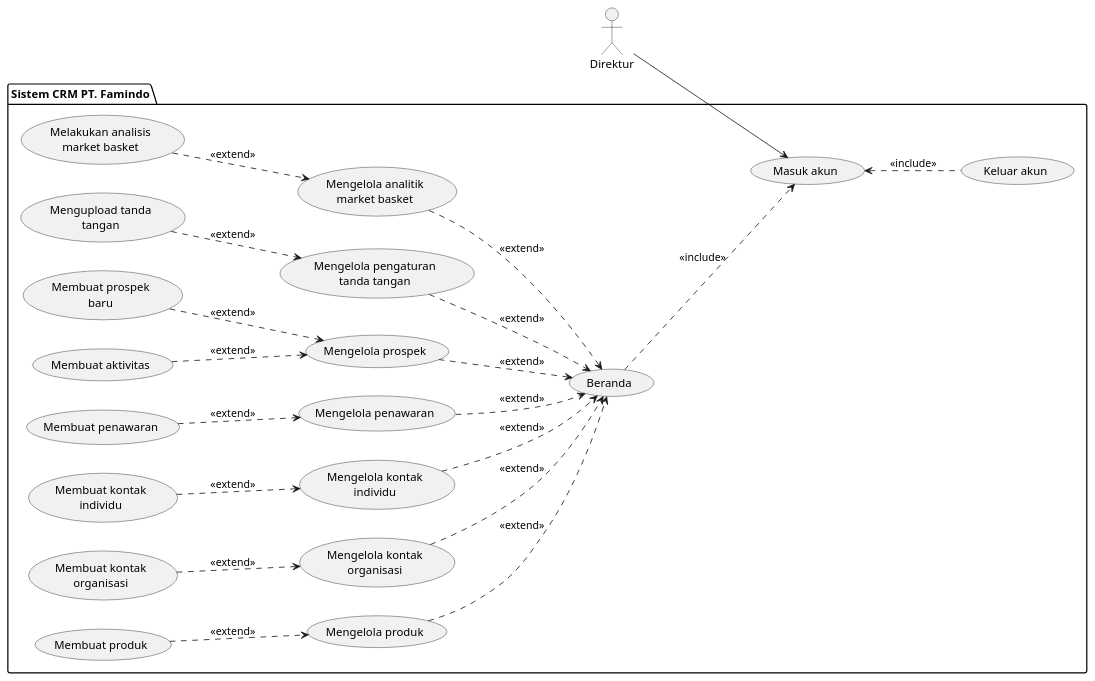
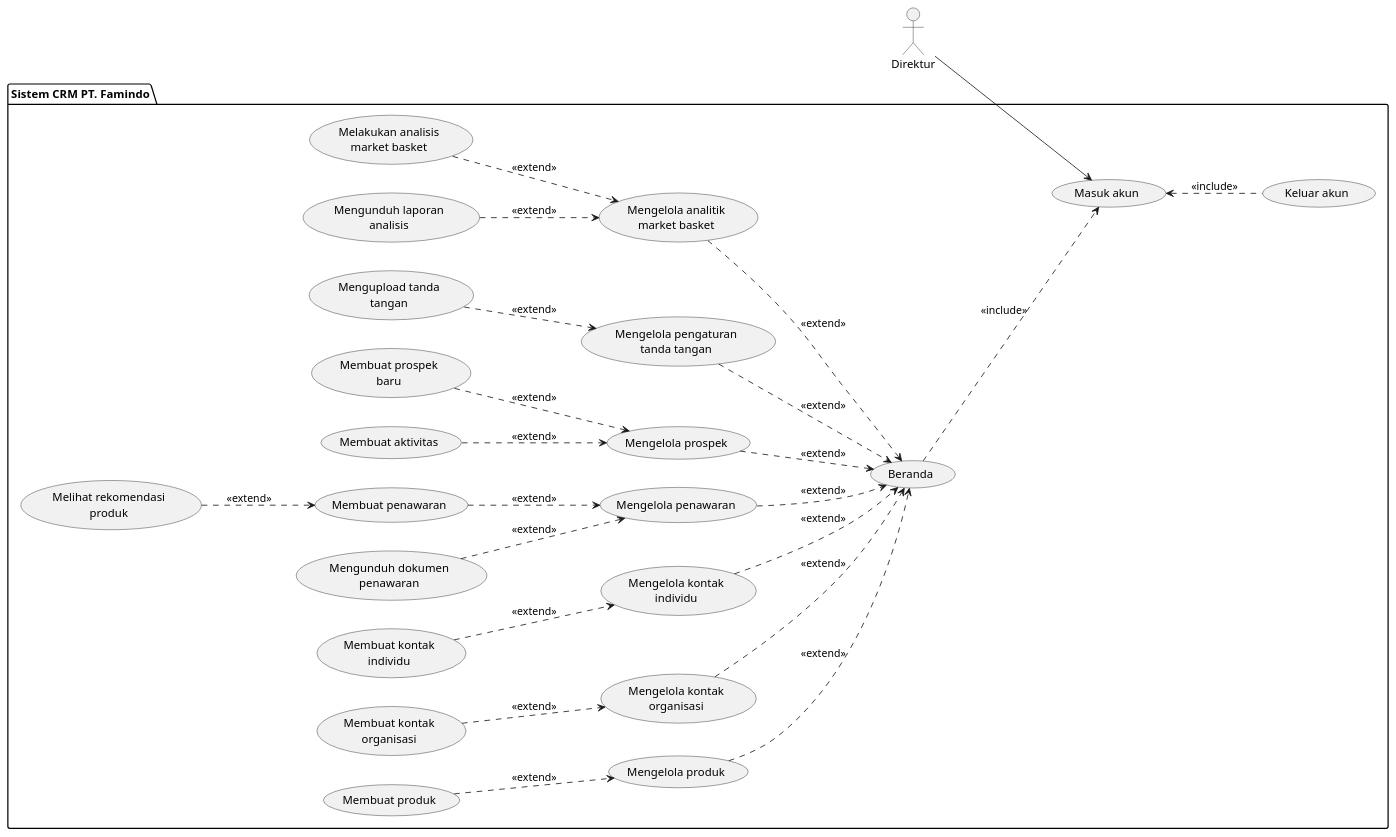
Before and after one commit to quenzvezda/laravel-crm: the diagram in docs/BAB-4/4.3/4.3.1/use-case-direktur.puml, drawn with PlantUML. The commit also changed 14 other files, not shown here.

```diff
--- a/docs/BAB-4/4.3/4.3.1/use-case-direktur.puml
+++ b/docs/BAB-4/4.3/4.3.1/use-case-direktur.puml
@@ -3,63 +3,69 @@
 @startuml
 left to right direction
 actor "Direktur" as D
 
 package "Sistem CRM PT. Famindo" {
     usecase "Masuk akun" as UC_Login
     usecase "Keluar akun" as UC_Logout
     usecase "Beranda" as UC_Home
 
     ' Grup Analisis
     usecase "Mengelola analitik\nmarket basket" as UC_Manage_MBA
     usecase "Melakukan analisis\nmarket basket" as UC_Do_MBA
+    usecase "Mengunduh laporan\nanalisis" as UC_Download_Report
 
     ' Grup Pengaturan
     usecase "Mengelola pengaturan\ntanda tangan" as UC_Manage_Sign
     usecase "Mengupload tanda\ntangan" as UC_Upload_Sign
 
     ' Grup Modul CRM (Operational)
     usecase "Mengelola prospek" as UC_Manage_Prospect
     usecase "Membuat prospek\nbaru" as UC_Create_Prospect
     usecase "Membuat aktivitas" as UC_Create_Activity
 
     usecase "Mengelola penawaran" as UC_Manage_Quote
     usecase "Membuat penawaran" as UC_Create_Quote
+    usecase "Melihat rekomendasi\nproduk" as UC_View_Rec
+    usecase "Mengunduh dokumen\npenawaran" as UC_Download_Quote
 
     usecase "Mengelola kontak\nindividu" as UC_Manage_ContactInd
     usecase "Membuat kontak\nindividu" as UC_Create_ContactInd
 
     usecase "Mengelola kontak\norganisasi" as UC_Manage_ContactOrg
     usecase "Membuat kontak\norganisasi" as UC_Create_ContactOrg
 
     usecase "Mengelola produk" as UC_Manage_Product
     usecase "Membuat produk" as UC_Create_Product
 
     ' Relasi Aktor
     D --> UC_Login
 
     ' Relasi Include (Wajib)
     UC_Home ..> UC_Login : <<include>>
     UC_Login <.. UC_Logout : <<include>>
 
     ' Relasi Extend ke Beranda (Menu Utama)
     UC_Manage_MBA ..> UC_Home : <<extend>>
     UC_Manage_Sign ..> UC_Home : <<extend>>
     UC_Manage_Prospect ..> UC_Home : <<extend>>
     UC_Manage_Quote ..> UC_Home : <<extend>>
     UC_Manage_ContactInd ..> UC_Home : <<extend>>
     UC_Manage_ContactOrg ..> UC_Home : <<extend>>
     UC_Manage_Product ..> UC_Home : <<extend>>
 
     ' Relasi Extend Sub-Fitur (CRUD / Operasional)
     UC_Create_Prospect ..> UC_Manage_Prospect : <<extend>>
     UC_Create_Activity ..> UC_Manage_Prospect : <<extend>>
     UC_Create_Quote ..> UC_Manage_Quote : <<extend>>
+    UC_View_Rec ..> UC_Create_Quote : <<extend>>
+    UC_Download_Quote ..> UC_Manage_Quote : <<extend>>
     UC_Create_ContactInd ..> UC_Manage_ContactInd : <<extend>>
     UC_Create_ContactOrg ..> UC_Manage_ContactOrg : <<extend>>
     UC_Create_Product ..> UC_Manage_Product : <<extend>>
 
     ' Relasi Extend Sub-Fitur (Analisis & Pengaturan)
     UC_Do_MBA ..> UC_Manage_MBA : <<extend>>
+    UC_Download_Report ..> UC_Manage_MBA : <<extend>>
     UC_Upload_Sign ..> UC_Manage_Sign : <<extend>>
 }
 @enduml
```
